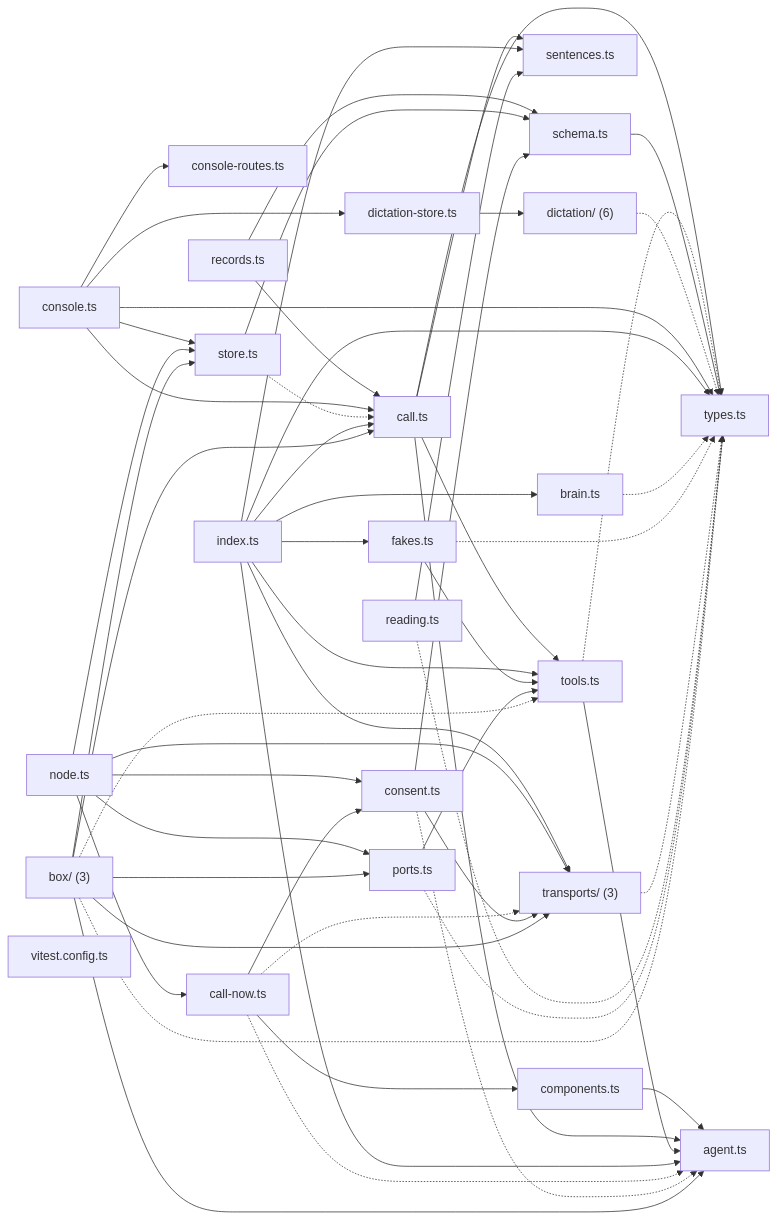
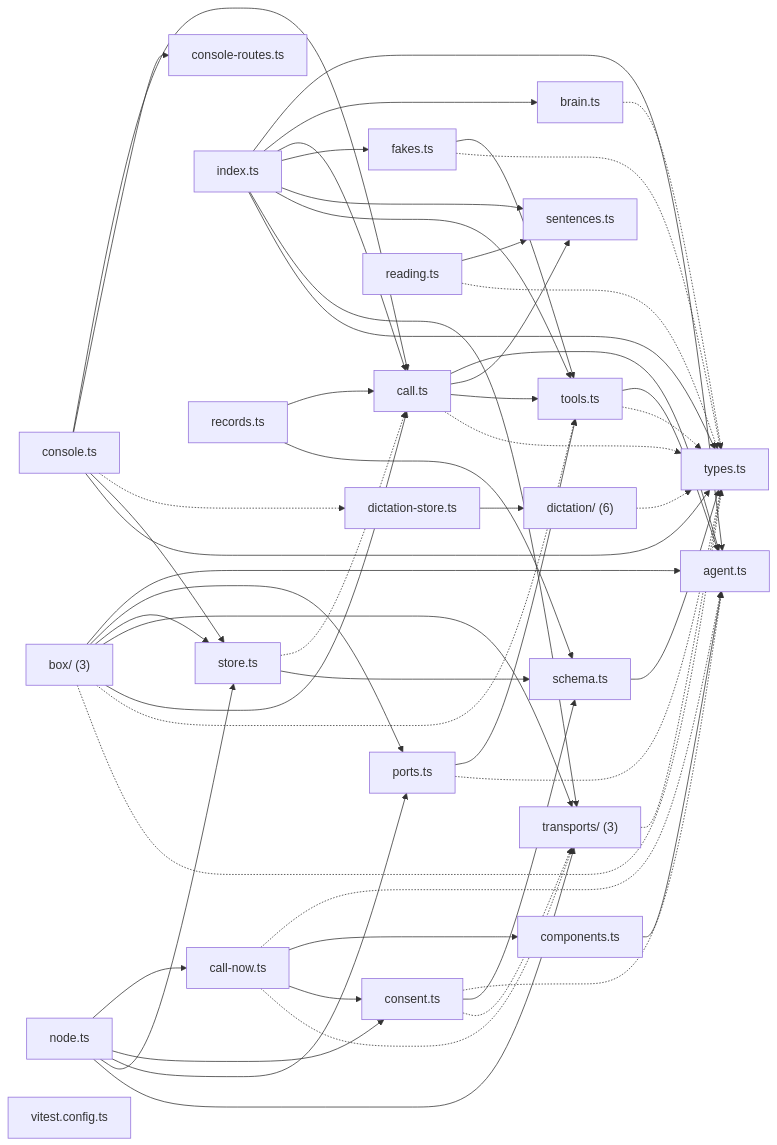
Before and after one commit to wrenautomation/wren: the diagram in map/generated/imports/@wren+voice.md, drawn with Mermaid. The commit also changed 96 other files, not shown here.

````diff
--- a/map/generated/imports/@wren+voice.md
+++ b/map/generated/imports/@wren+voice.md
@@ -21,81 +21,81 @@
 ```mermaid
 flowchart LR
+  nagent_ts["agent.ts"]
+  nbox_["box/ (3)"]
+  nbrain_ts["brain.ts"]
+  ncall_now_ts["call-now.ts"]
+  ncall_ts["call.ts"]
   ncomponents_ts["components.ts"]
-  nagent_ts["agent.ts"]
+  nconsent_ts["consent.ts"]
   nconsole_routes_ts["console-routes.ts"]
-  nrecords_ts["records.ts"]
-  ncall_ts["call.ts"]
-  nsentences_ts["sentences.ts"]
-  ntools_ts["tools.ts"]
-  ntypes_ts["types.ts"]
-  nschema_ts["schema.ts"]
-  ndictation_["dictation/ (6)"]
   nconsole_ts["console.ts"]
   ndictation_store_ts["dictation-store.ts"]
+  ndictation_["dictation/ (6)"]
+  nfakes_ts["fakes.ts"]
+  nindex_ts["index.ts"]
+  nnode_ts["node.ts"]
+  nports_ts["ports.ts"]
+  nreading_ts["reading.ts"]
+  nrecords_ts["records.ts"]
+  nschema_ts["schema.ts"]
+  nsentences_ts["sentences.ts"]
   nstore_ts["store.ts"]
-  nindex_ts["index.ts"]
-  nbrain_ts["brain.ts"]
-  nfakes_ts["fakes.ts"]
+  ntools_ts["tools.ts"]
   ntransports_["transports/ (3)"]
-  nreading_ts["reading.ts"]
-  nnode_ts["node.ts"]
-  ncall_now_ts["call-now.ts"]
-  nconsent_ts["consent.ts"]
-  nports_ts["ports.ts"]
-  nbox_["box/ (3)"]
+  ntypes_ts["types.ts"]
   nvitest_config_ts["vitest.config.ts"]
-  ncomponents_ts --> nagent_ts
-  nrecords_ts --> ncall_ts
-  nrecords_ts --> nschema_ts
+  nbox_ --> nagent_ts
+  nbox_ --> nports_ts
+  nbox_ --> nstore_ts
+  nbox_ --> ntransports_
+  nbox_ --> ncall_ts
+  nbox_ -.-> ntools_ts
+  nbox_ -.-> ntypes_ts
+  nbrain_ts -.-> ntypes_ts
+  ncall_now_ts -.-> nagent_ts
+  ncall_now_ts --> ncomponents_ts
+  ncall_now_ts --> nconsent_ts
+  ncall_now_ts -.-> ntransports_
   ncall_ts --> nagent_ts
   ncall_ts --> nsentences_ts
   ncall_ts --> ntools_ts
-  ncall_ts --> ntypes_ts
-  ntools_ts --> nagent_ts
-  ntools_ts -.-> ntypes_ts
-  nschema_ts --> ntypes_ts
-  ndictation_ -.-> ntypes_ts
+  ncall_ts -.-> ntypes_ts
+  ncomponents_ts --> nagent_ts
+  nconsent_ts -.-> nagent_ts
+  nconsent_ts --> nschema_ts
+  nconsent_ts -.-> ntransports_
   nconsole_ts --> ncall_ts
   nconsole_ts --> nconsole_routes_ts
-  nconsole_ts --> ndictation_store_ts
+  nconsole_ts -.-> ndictation_store_ts
   nconsole_ts --> nstore_ts
   nconsole_ts --> ntypes_ts
   ndictation_store_ts --> ndictation_
-  nstore_ts -.-> ncall_ts
-  nstore_ts --> nschema_ts
+  ndictation_ -.-> ntypes_ts
+  nfakes_ts --> ntools_ts
+  nfakes_ts -.-> ntypes_ts
   nindex_ts --> nagent_ts
   nindex_ts --> nbrain_ts
   nindex_ts --> ncall_ts
   nindex_ts --> nfakes_ts
   nindex_ts --> nsentences_ts
   nindex_ts --> ntools_ts
   nindex_ts --> ntransports_
   nindex_ts --> ntypes_ts
-  nbrain_ts -.-> ntypes_ts
-  nfakes_ts --> ntools_ts
-  nfakes_ts -.-> ntypes_ts
-  ntransports_ -.-> ntypes_ts
-  nreading_ts --> nsentences_ts
-  nreading_ts -.-> ntypes_ts
   nnode_ts --> ncall_now_ts
   nnode_ts --> nconsent_ts
   nnode_ts --> nports_ts
   nnode_ts --> nstore_ts
   nnode_ts --> ntransports_
-  ncall_now_ts -.-> nagent_ts
-  ncall_now_ts --> ncomponents_ts
-  ncall_now_ts --> nconsent_ts
-  ncall_now_ts -.-> ntransports_
-  nconsent_ts -.-> nagent_ts
-  nconsent_ts --> nschema_ts
-  nconsent_ts --> ntransports_
   nports_ts --> ntools_ts
   nports_ts -.-> ntypes_ts
-  nbox_ --> nagent_ts
-  nbox_ --> nports_ts
-  nbox_ --> nstore_ts
-  nbox_ --> ntransports_
-  nbox_ --> ncall_ts
-  nbox_ -.-> ntools_ts
-  nbox_ -.-> ntypes_ts
+  nreading_ts --> nsentences_ts
+  nreading_ts -.-> ntypes_ts
+  nrecords_ts --> ncall_ts
+  nrecords_ts --> nschema_ts
+  nschema_ts --> ntypes_ts
+  nstore_ts -.-> ncall_ts
+  nstore_ts --> nschema_ts
+  ntools_ts --> nagent_ts
+  ntools_ts -.-> ntypes_ts
+  ntransports_ -.-> ntypes_ts
 ```
````
